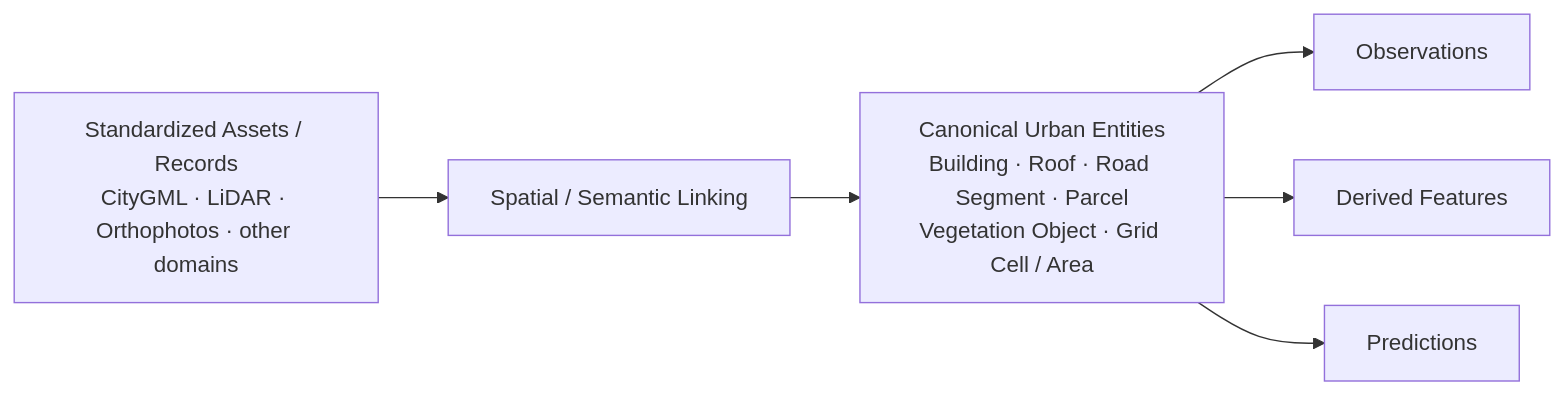
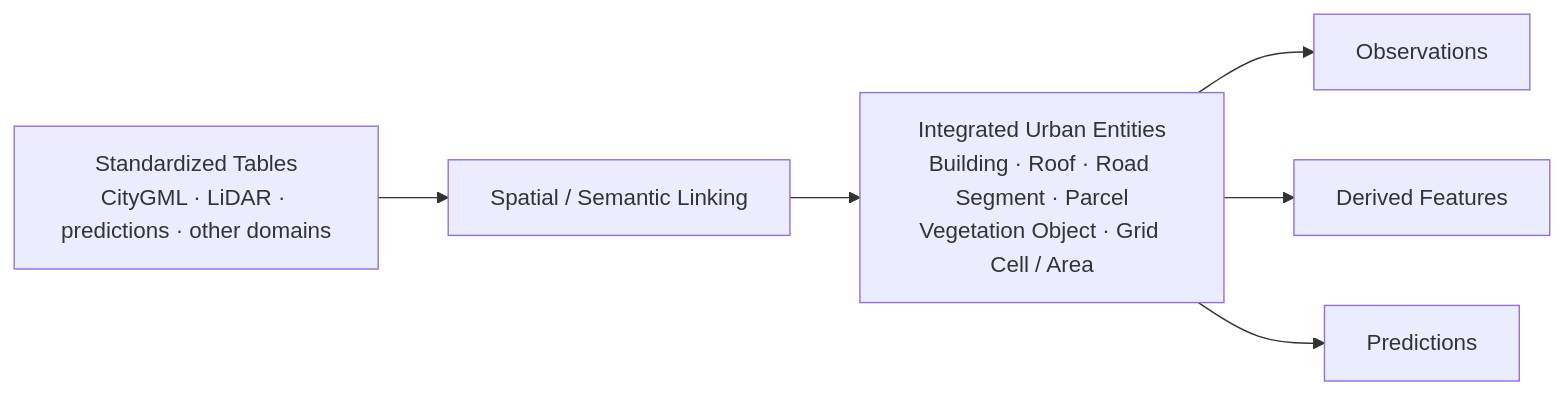
The first of 2 diagrams in docs/l2-data-integration-transformation.md (Thomas-Malchers/urban_ai_lab), drawn with Mermaid before and after one commit. The commit also changed other lines of this file and 4 other files, not shown here.

````diff
--- a/docs/l2-data-integration-transformation.md
+++ b/docs/l2-data-integration-transformation.md
@@ -5,13 +82,13 @@
 ```mermaid
 flowchart LR
-    S["Standardized Assets / Records<br/>CityGML · LiDAR · Orthophotos · other domains"]
+    S["Standardized Tables<br/>CityGML · LiDAR · predictions · other domains"]
     L["Spatial / Semantic Linking"]
-    E["Canonical Urban Entities<br/>Building · Roof · Road Segment · Parcel<br/>Vegetation Object · Grid Cell / Area"]
+    E["Integrated Urban Entities<br/>Building · Roof · Road Segment · Parcel<br/>Vegetation Object · Grid Cell / Area"]
     O["Observations"]
     F["Derived Features"]
     P["Predictions"]
     S --> L --> E
     E --> O
     E --> F
     E --> P
 ```
````
